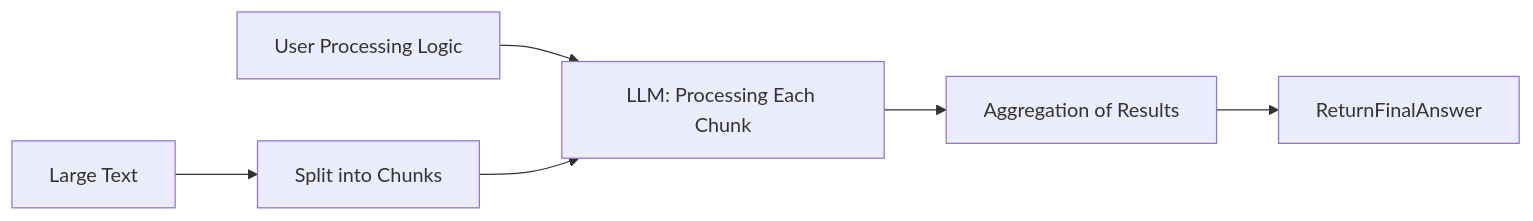
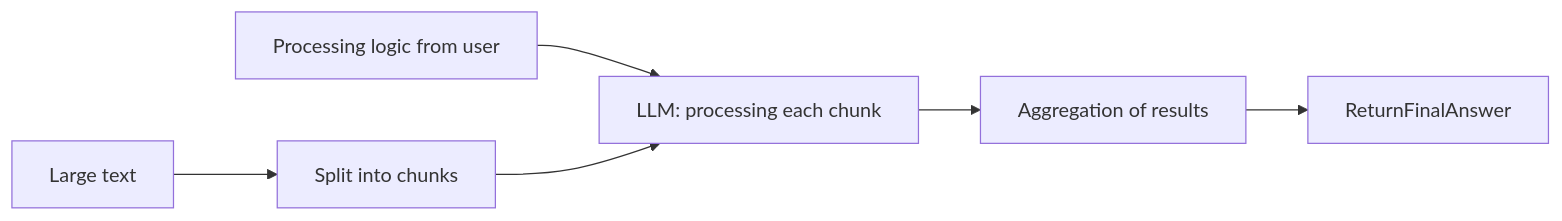
One commit to all-mute/learn-agents changed the fifth of 13 diagrams in cognitive-book/docs/junior/_workflows-examples-p1.mdx. Above: the diagram before and after it, drawn with Mermaid. The commit also changed other lines of this file and 93 other files, not shown here.

````diff
--- a/cognitive-book/docs/junior/_workflows-examples-p1.mdx
+++ b/cognitive-book/docs/junior/_workflows-examples-p1.mdx
@@ -197,8 +197,8 @@
 ```mermaid
 flowchart LR
-    U[User Processing Logic] --> Process
-    Doc[Large Text] --> Split[Split into Chunks]
-    Split --> Process[LLM: Processing Each Chunk]
-    Process --> Merge[Aggregation of Results]
+    U[Processing logic from user] --> Process
+    Doc[Large text] --> Split[Split into chunks]
+    Split --> Process[LLM: processing each chunk]
+    Process --> Merge[Aggregation of results]
     Merge --> Final[ReturnFinalAnswer]
 ```
````
